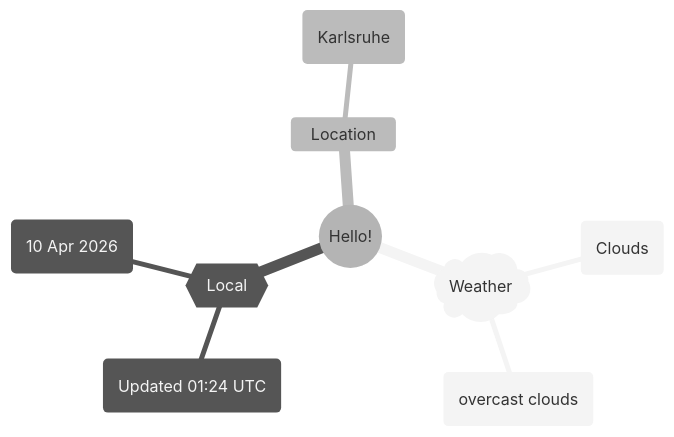
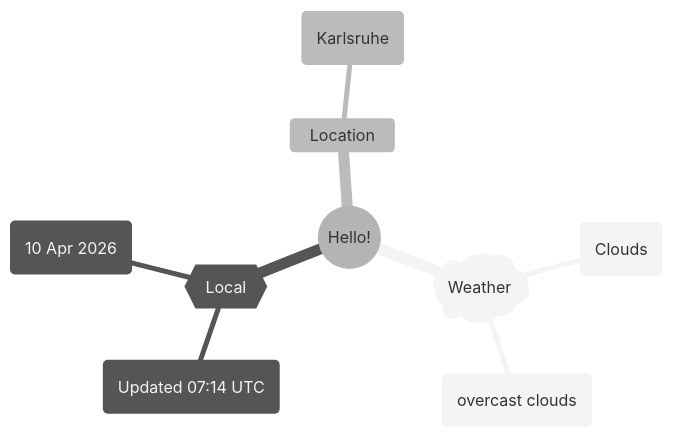
One commit to Xosrov/Xosrov changed the first of 2 diagrams in README.md. Above: the diagram before and after it, drawn with Mermaid (neutral theme).

Commit message:
[bot] updated images

````diff
--- a/README.md
+++ b/README.md
@@ -3,12 +3,12 @@
 ```mermaid
 mindmap
   root((Hello!))
     )Weather(
         (Clouds)
         (overcast clouds)
     {{Local}}
-        (Updated 01:24 UTC)
+        (Updated 07:14 UTC)
         (10 Apr 2026)
     Location
         (Karlsruhe)
 ```
````
